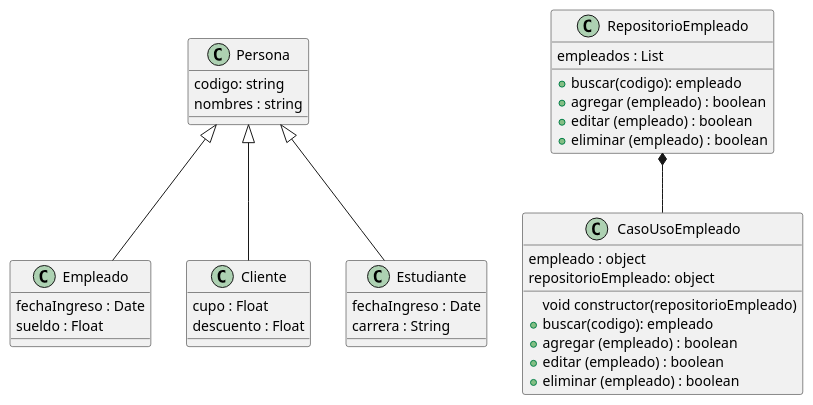
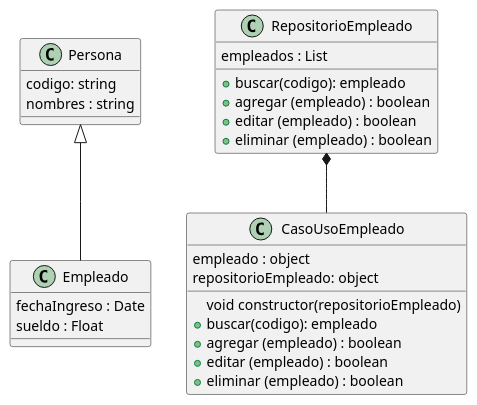
One commit to Eguamanu86/poo-caso-empleado changed the diagram in modelo-uml/dominio.puml. Above: the diagram before and after it, drawn with PlantUML. The commit also changed 2 other files, not shown here.

```diff
--- a/modelo-uml/dominio.puml
+++ b/modelo-uml/dominio.puml
@@ -1,49 +1,37 @@
 @startuml
 
 class Persona {
   codigo: string
   nombres : string
 }
 
 class Empleado {
    fechaIngreso : Date
    sueldo : Float
-}
-
-class Cliente {
-   cupo : Float
-   descuento : Float
-}
-class Estudiante {
-   fechaIngreso : Date
-   carrera : String
 }
 
 class RepositorioEmpleado {
     empleados : List
 
     + buscar(codigo): empleado
     + agregar (empleado) : boolean
     + editar (empleado) : boolean
     + eliminar (empleado) : boolean
 }
 
 class CasoUsoEmpleado{
     empleado : object
     repositorioEmpleado: object
 
     void constructor(repositorioEmpleado)
     + buscar(codigo): empleado
     + agregar (empleado) : boolean
     + editar (empleado) : boolean
     + eliminar (empleado) : boolean
 
 
 }
 
-
 Persona <|-- Empleado
-Persona <|-- Cliente
-Persona <|-- Estudiante
 RepositorioEmpleado *-- CasoUsoEmpleado
 @enduml
```
